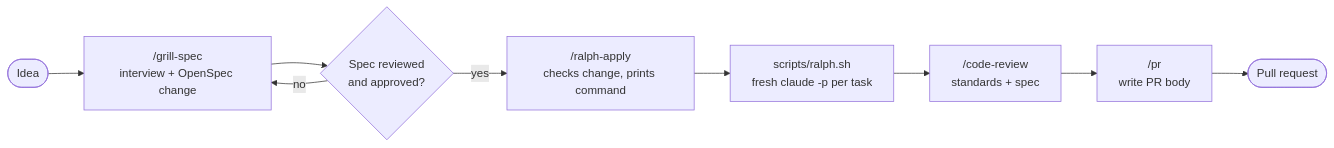
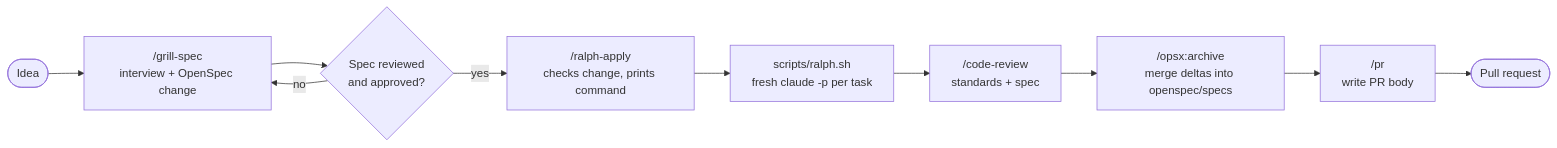
Before and after one commit to Kaygijzen/dotskills: the diagram in docs/diagrams/example-flow.md, drawn with Mermaid. The commit also changed other lines of this file and 1 other file, not shown here.

First line of the commit message:
Explain spec-driven development and add archive step to flow

````diff
--- a/docs/diagrams/example-flow.md
+++ b/docs/diagrams/example-flow.md
@@ -5,11 +5,12 @@
 ```mermaid
 flowchart LR
     idea(["Idea"]) --> grill["/grill-spec<br/>interview + OpenSpec change"]
     grill --> review{"Spec reviewed<br/>and approved?"}
     review -- "no" --> grill
     review -- "yes" --> ralph["/ralph-apply<br/>checks change, prints command"]
     ralph --> loop["scripts/ralph.sh<br/>fresh claude -p per task"]
     loop --> cr["/code-review<br/>standards + spec"]
-    cr --> pr["/pr<br/>write PR body"]
+    cr --> arch["/opsx:archive<br/>merge deltas into openspec/specs"]
+    arch --> pr["/pr<br/>write PR body"]
     pr --> done(["Pull request"])
 ```
````
